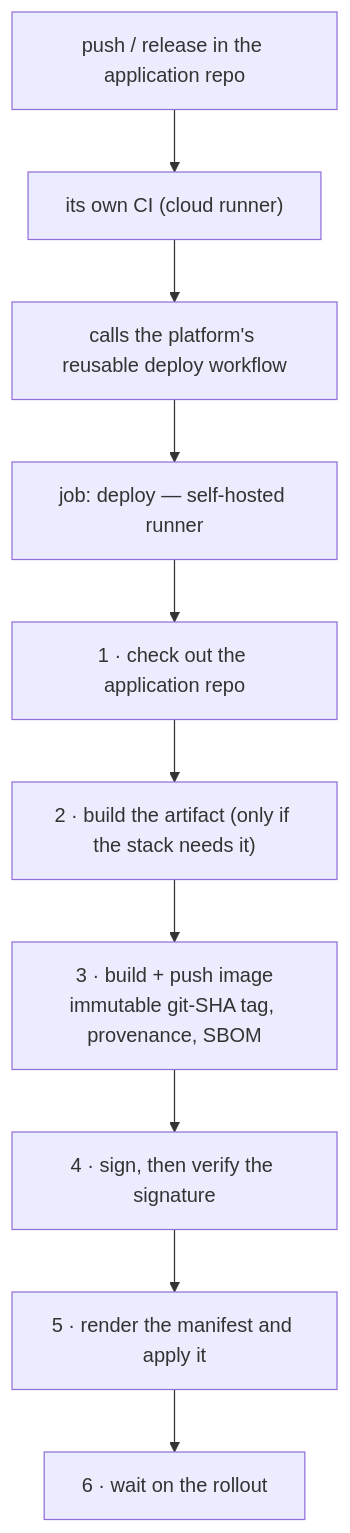
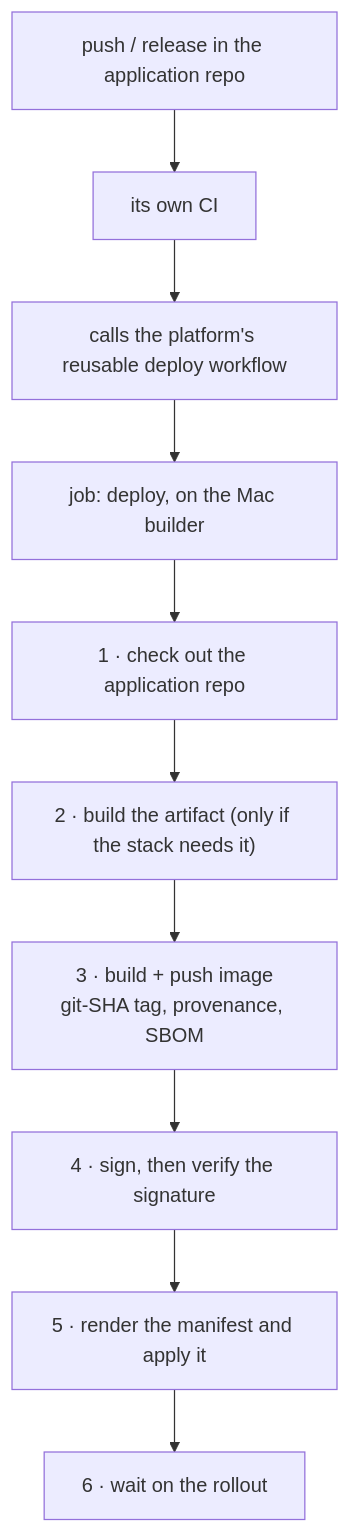
Before and after one commit to schultzzznet/schultzzznet: the second of 3 diagrams in docs/platform.md, drawn with Mermaid. The commit also changed other lines of this file and 13 other files, not shown here.

````diff
--- a/docs/platform.md
+++ b/docs/platform.md
@@ -177,12 +186,12 @@
 ```mermaid
 flowchart TD
-  P["push / release in the application repo"] --> C["its own CI (cloud runner)"]
+  P["push / release in the application repo"] --> C["its own CI"]
   C --> U["calls the platform's reusable deploy workflow"]
-  U --> D["job: deploy — self-hosted runner"]
+  U --> D["job: deploy, on the Mac builder"]
   D --> S1["1 · check out the application repo"]
   S1 --> S2["2 · build the artifact (only if the stack needs it)"]
-  S2 --> S3["3 · build + push image<br/>immutable git-SHA tag, provenance, SBOM"]
+  S2 --> S3["3 · build + push image<br/>git-SHA tag, provenance, SBOM"]
   S3 --> S4["4 · sign, then verify the signature"]
   S4 --> S5["5 · render the manifest and apply it"]
   S5 --> S6["6 · wait on the rollout"]
 ```
````
